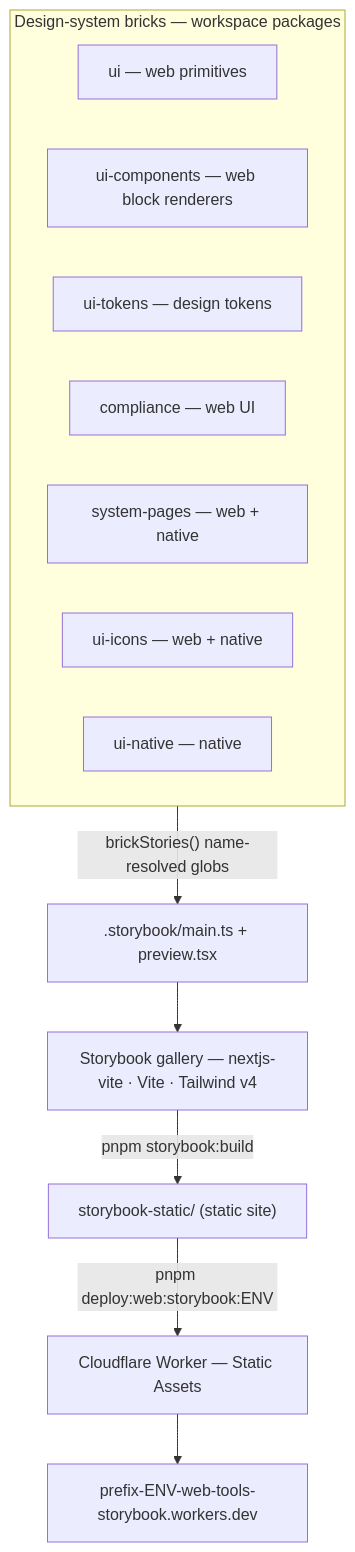
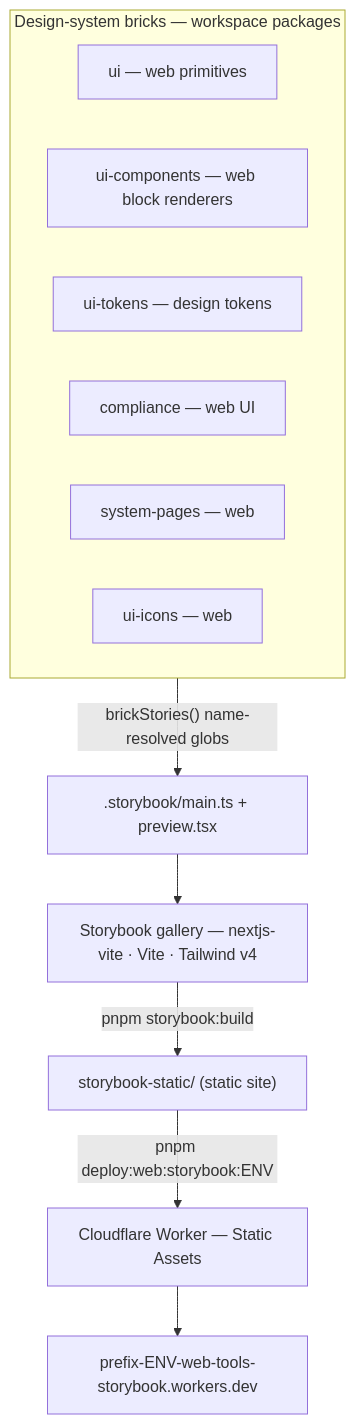
One commit to tibo-indiecrafts/indiecrafts-template changed the diagram in code/docs/projects/web/tools/storybook.md. Above: the diagram before and after it, drawn with Mermaid. The commit also changed other lines of this file and 86 other files, not shown here.

````diff
--- a/code/docs/projects/web/tools/storybook.md
+++ b/code/docs/projects/web/tools/storybook.md
@@ -31,17 +29,16 @@
 ```mermaid
 flowchart TB
   subgraph bricks["Design-system bricks — workspace packages"]
     ui["ui — web primitives"]
     uic["ui-components — web block renderers"]
     tok["ui-tokens — design tokens"]
     comp["compliance — web UI"]
-    sp["system-pages — web + native"]
-    ic["ui-icons — web + native"]
-    nat["ui-native — native"]
+    sp["system-pages — web"]
+    ic["ui-icons — web"]
   end
   bricks -->|"brickStories() name-resolved globs"| main[".storybook/main.ts + preview.tsx"]
   main --> gallery["Storybook gallery — nextjs-vite · Vite · Tailwind v4"]
   gallery -->|"pnpm storybook:build"| static["storybook-static/ (static site)"]
   static -->|"pnpm deploy:web:storybook:ENV"| worker["Cloudflare Worker — Static Assets"]
   worker --> url["prefix-ENV-web-tools-storybook.workers.dev"]
 ```
````
